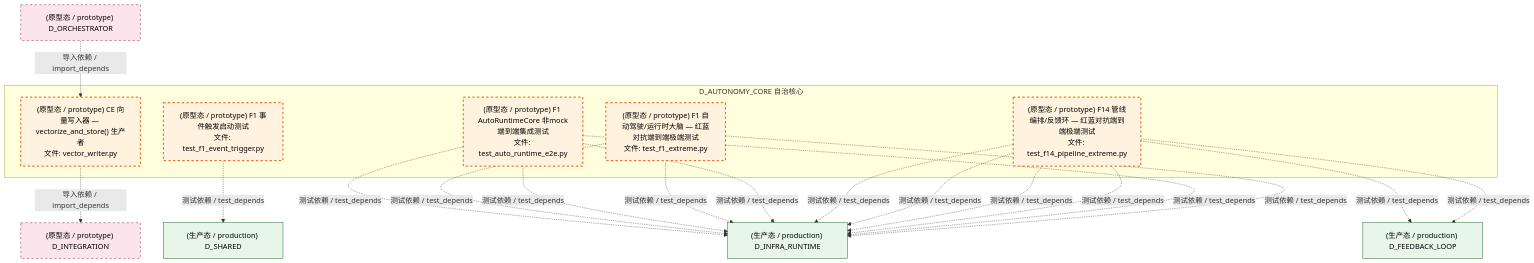
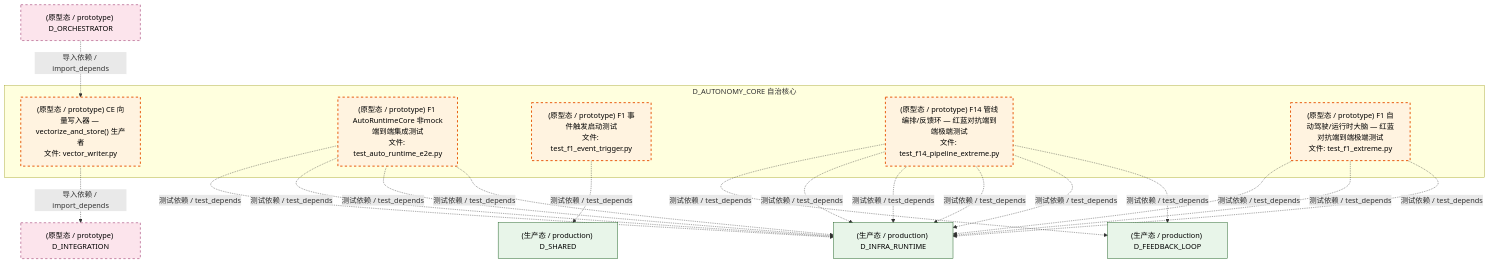
The seventh of 8 diagrams in docs/02_enterprise_architecture/02_domain_architecture_docs/07_d_autonomy_core.md (xuanFelixVan/ZephyrAlpha), drawn with Mermaid before and after one commit. The commit also changed other lines of this file and 99 other files, not shown here.

````diff
--- a/docs/02_enterprise_architecture/02_domain_architecture_docs/07_d_autonomy_core.md
+++ b/docs/02_enterprise_architecture/02_domain_architecture_docs/07_d_autonomy_core.md
@@ -763,38 +768,38 @@
 ```mermaid
 graph TD
     subgraph D_AUTONOMY_CORE["D_AUTONOMY_CORE 自治核心"]
         src_zephyr_integration_vector_memory_vector_writer_py["(原型态 / prototype) CE 向量写入器 — vectorize_and_store() 生产者<br/>文件: vector_writer.py"]
         tests_automation_test_auto_runtime_e2e_py["(原型态 / prototype) F1 AutoRuntimeCore 非mock端到端集成测试<br/>文件: test_auto_runtime_e2e.py"]
         tests_f_lifecycle_test_f1_event_trigger_py["(原型态 / prototype) F1 事件触发启动测试<br/>文件: test_f1_event_trigger.py"]
         tests_trading_extreme_test_f14_pipeline_extreme_py["(原型态 / prototype) F14 管线编排/反馈环 — 红蓝对抗端到端极端测试<br/>文件: test_f14_pipeline_extreme.py"]
         tests_trading_extreme_test_f1_extreme_py["(原型态 / prototype) F1 自动驾驶/运行时大脑 — 红蓝对抗端到端极端测试<br/>文件: test_f1_extreme.py"]
     end
     D_FEEDBACK_LOOP["(生产态 / production) D_FEEDBACK_LOOP"]
     tests_trading_extreme_test_f14_pipeline_extreme_py -.->|测试依赖 / test_depends| D_FEEDBACK_LOOP
     D_INFRA_RUNTIME["(生产态 / production) D_INFRA_RUNTIME"]
     tests_automation_test_auto_runtime_e2e_py -.->|测试依赖 / test_depends| D_INFRA_RUNTIME
+    D_INTEGRATION["(原型态 / prototype) D_INTEGRATION"]
+    src_zephyr_integration_vector_memory_vector_writer_py -.->|导入依赖 / import_depends| D_INTEGRATION
     tests_trading_extreme_test_f1_extreme_py -.->|测试依赖 / test_depends| D_INFRA_RUNTIME
     tests_automation_test_auto_runtime_e2e_py -.->|测试依赖 / test_depends| D_INFRA_RUNTIME
-    tests_trading_extreme_test_f1_extreme_py -.->|测试依赖 / test_depends| D_INFRA_RUNTIME
-    tests_automation_test_auto_runtime_e2e_py -.->|测试依赖 / test_depends| D_INFRA_RUNTIME
-    D_INTEGRATION["(原型态 / prototype) D_INTEGRATION"]
-    src_zephyr_integration_vector_memory_vector_writer_py -.->|导入依赖 / import_depends| D_INTEGRATION
     tests_trading_extreme_test_f14_pipeline_extreme_py -.->|测试依赖 / test_depends| D_INFRA_RUNTIME
     tests_trading_extreme_test_f14_pipeline_extreme_py -.->|测试依赖 / test_depends| D_INFRA_RUNTIME
     tests_trading_extreme_test_f14_pipeline_extreme_py -.->|测试依赖 / test_depends| D_INFRA_RUNTIME
+    tests_trading_extreme_test_f1_extreme_py -.->|测试依赖 / test_depends| D_INFRA_RUNTIME
     tests_trading_extreme_test_f14_pipeline_extreme_py -.->|测试依赖 / test_depends| D_INFRA_RUNTIME
     D_SHARED["(生产态 / production) D_SHARED"]
     tests_f_lifecycle_test_f1_event_trigger_py -.->|测试依赖 / test_depends| D_SHARED
     tests_trading_extreme_test_f14_pipeline_extreme_py -.->|测试依赖 / test_depends| D_FEEDBACK_LOOP
+    tests_automation_test_auto_runtime_e2e_py -.->|测试依赖 / test_depends| D_INFRA_RUNTIME
     tests_automation_test_auto_runtime_e2e_py -.->|测试依赖 / test_depends| D_INFRA_RUNTIME
     tests_trading_extreme_test_f1_extreme_py -.->|测试依赖 / test_depends| D_INFRA_RUNTIME
     D_ORCHESTRATOR["(原型态 / prototype) D_ORCHESTRATOR"]
     D_ORCHESTRATOR -.->|导入依赖 / import_depends| src_zephyr_integration_vector_memory_vector_writer_py
     classDef production fill:#e1f5fe,stroke:#01579b,stroke-width:2px,color:#000
     classDef design fill:#fff3e0,stroke:#e65100,stroke-width:2px,color:#000,stroke-dasharray: 5 5
     classDef external_prod fill:#e8f5e9,stroke:#1b5e20,stroke-width:1px,color:#000
     classDef external_design fill:#fce4ec,stroke:#880e4f,stroke-width:1px,color:#000,stroke-dasharray: 5 5
     class src_zephyr_integration_vector_memory_vector_writer_py,tests_automation_test_auto_runtime_e2e_py,tests_f_lifecycle_test_f1_event_trigger_py,tests_trading_extreme_test_f14_pipeline_extreme_py,tests_trading_extreme_test_f1_extreme_py design
     class D_FEEDBACK_LOOP,D_INFRA_RUNTIME,D_SHARED external_prod
     class D_INTEGRATION,D_ORCHESTRATOR external_design
 ```
````
